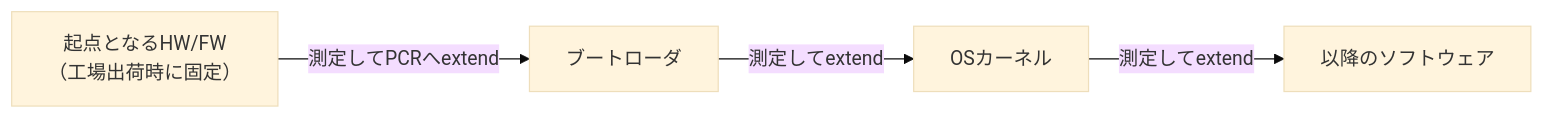
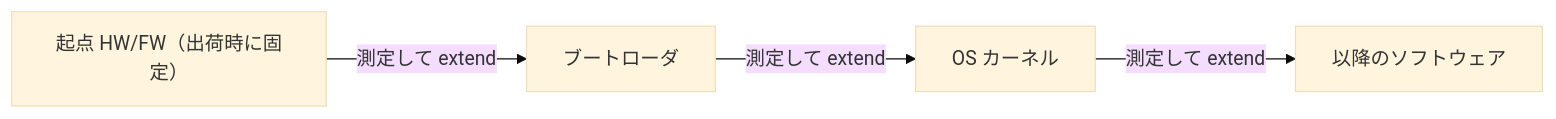
Before and after one commit to SomaTomita/sec-prep: the diagram in topics/04_hardware-security/03_security-building-blocks.md, drawn with Mermaid (base theme). The commit also changed other lines of this file and 4 other files, not shown here.

````diff
--- a/topics/04_hardware-security/03_security-building-blocks.md
+++ b/topics/04_hardware-security/03_security-building-blocks.md
@@ -33,6 +41,6 @@
 ```mermaid
 flowchart LR
-    ROT["起点となるHW/FW<br>（工場出荷時に固定）"] -->|測定してPCRへextend| BL["ブートローダ"]
-    BL -->|測定してextend| OS["OSカーネル"]
-    OS -->|測定してextend| NEXT["以降のソフトウェア"]
+    ROT["起点 HW/FW（出荷時に固定）"] -->|測定して extend| BL["ブートローダ"]
+    BL -->|測定して extend| OS["OS カーネル"]
+    OS -->|測定して extend| NEXT["以降のソフトウェア"]
 ```
````
